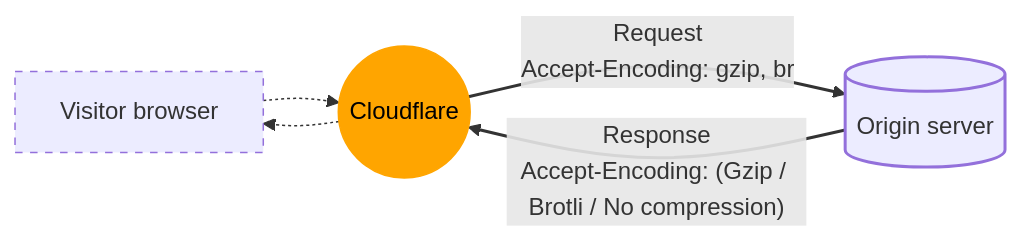
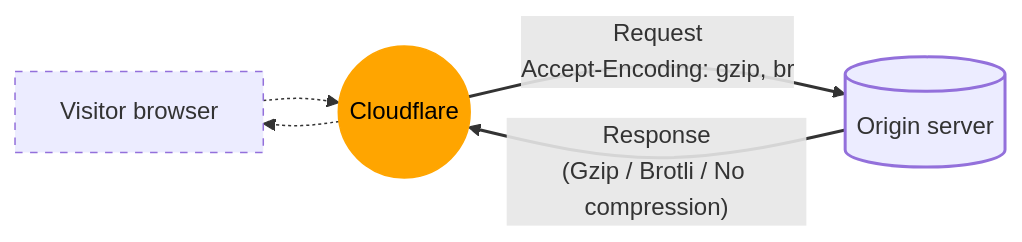
One commit to rdhanarot/cloudflare-docs changed the second of 2 diagrams in content/speed/optimization/content/brotli/content-compression.md. Above: the diagram before and after it, drawn with Mermaid. The commit also changed 1 other file, not shown here.

Commit message:
[Speed] Update Brotli compression intro (#15183)

````diff
--- a/content/speed/optimization/content/brotli/content-compression.md
+++ b/content/speed/optimization/content/brotli/content-compression.md
@@ -110,18 +110,18 @@
 ```mermaid
 flowchart LR
 accTitle: Compressed responses sent from the origin server
 accDescr: Cloudflare accepts responses from origin server using Gzip compression, Brotli compression, or no compression.
 
 A[Visitor browser]
 B((Cloudflare))
 C[(Origin server)]
 
 A -.-> B == "Request<br>Accept-Encoding: gzip, br" ==> C
-C == "Response<br>Accept-Encoding: (Gzip / Brotli / No compression)" ==> B -.-> A
+C == "Response<br>(Gzip / Brotli / No compression)" ==> B -.-> A
 
 style A stroke-dasharray: 5 5
 style B stroke: orange,fill: orange,color: black
 style C stroke-width: 2px
 linkStyle 1,2 stroke-width: 2px
 linkStyle 0,3 stroke-width: 1px
 ```
````
